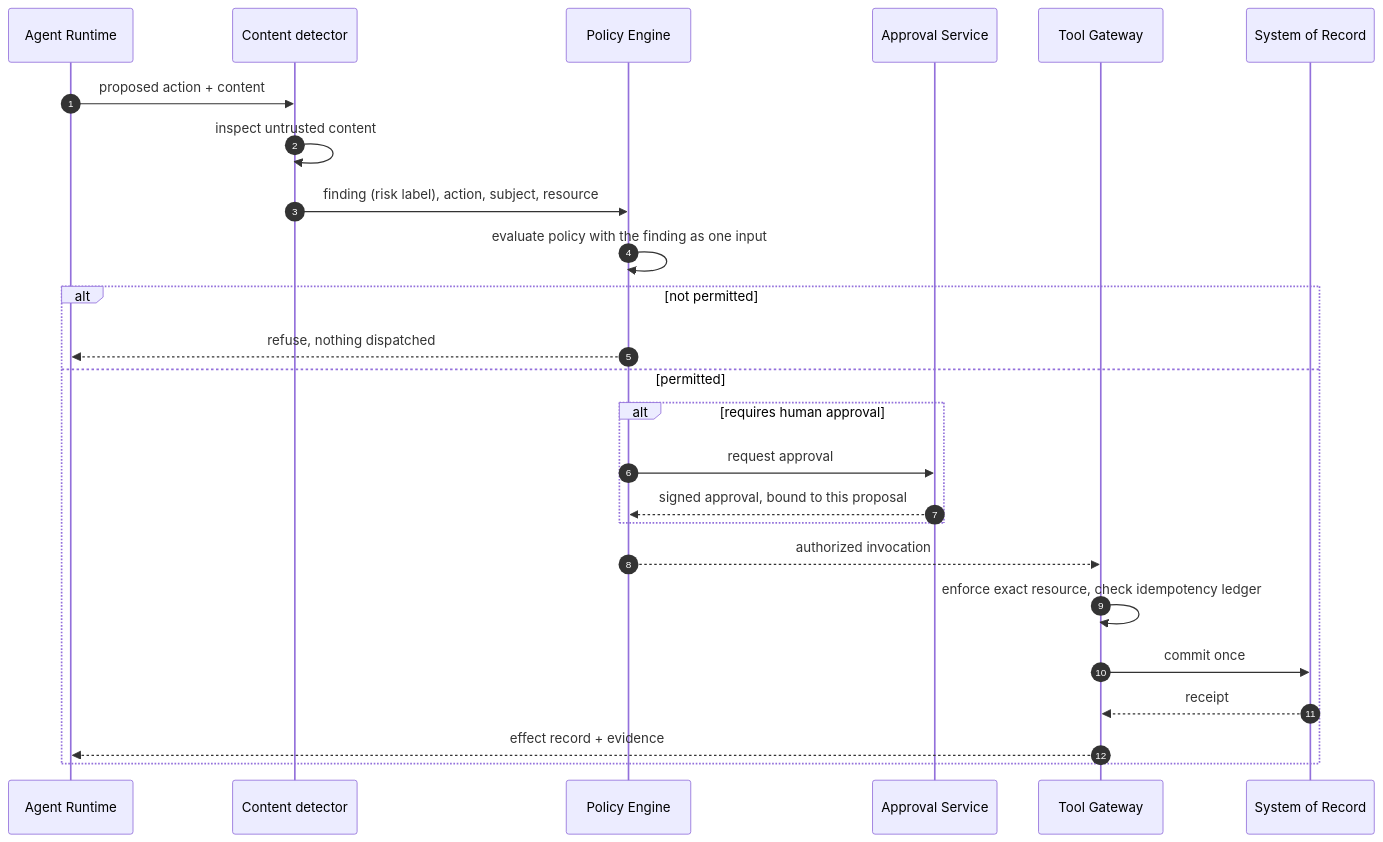
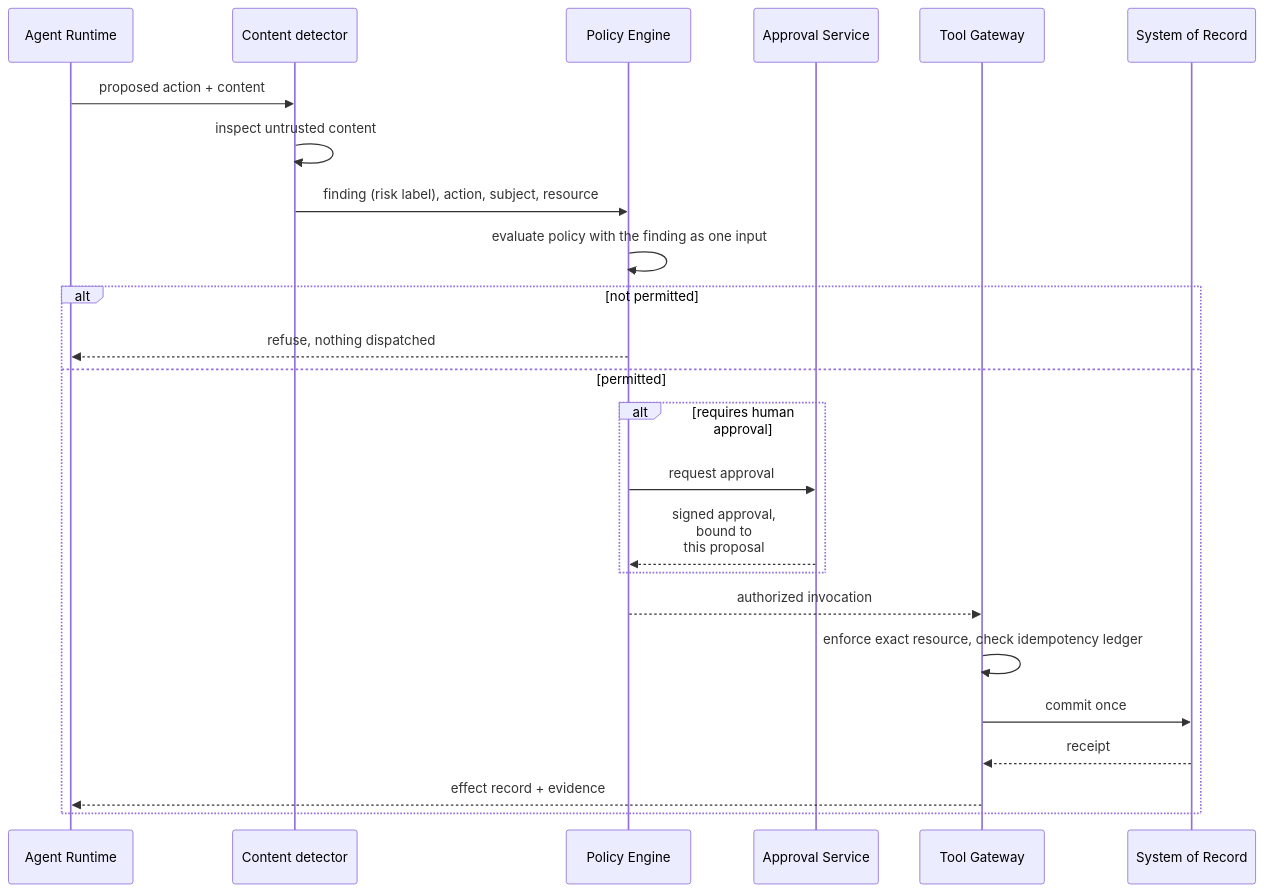
One commit to rrahimi-uci/building-enterprise-general-intelligence changed the diagram in assets/diagrams/src/guardrail-sequence.mmd. Above: the diagram before and after it, drawn with Mermaid. The commit also changed 84 other files, not shown here.

First line of the commit message:
Fix print-scale figure, cover, and table layout defects (pass 2, P2-C)

```diff
--- a/assets/diagrams/src/guardrail-sequence.mmd
+++ b/assets/diagrams/src/guardrail-sequence.mmd
@@ -1,30 +1,29 @@
 %% Figure 20-3 — Detection, policy, and enforcement for one protected effect.
 %% Message: the detector only raises a finding. The policy engine decides, and
 %% the Tool Gateway enforces before anything commits, whether or not the
 %% detector noticed the attack.
 sequenceDiagram
-    autonumber
     participant Agent as Agent Runtime
     participant Det as Content detector
     participant Pol as Policy Engine
     participant App as Approval Service
     participant Tool as Tool Gateway
     participant Sys as System of Record
 
     Agent->>Det: proposed action + content
     Det->>Det: inspect untrusted content
     Det->>Pol: finding (risk label), action, subject, resource
     Pol->>Pol: evaluate policy with the finding as one input
     alt not permitted
         Pol-->>Agent: refuse, nothing dispatched
     else permitted
         alt requires human approval
             Pol->>App: request approval
-            App-->>Pol: signed approval, bound to this proposal
+            App-->>Pol: signed approval,<br/>bound to<br/>this proposal
         end
         Pol-->>Tool: authorized invocation
         Tool->>Tool: enforce exact resource, check idempotency ledger
         Tool->>Sys: commit once
         Sys-->>Tool: receipt
         Tool-->>Agent: effect record + evidence
     end
```
